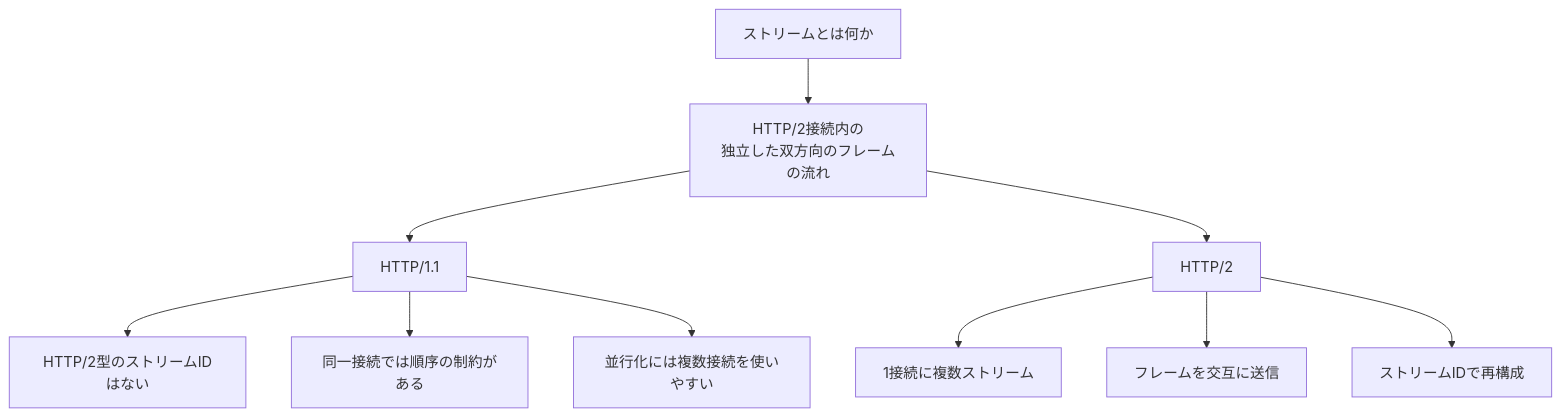
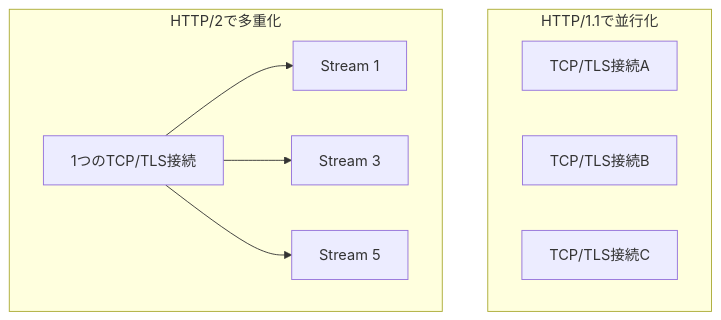
Diagram 28 of 54 in docs/reference/http1.1-vs-http2-streams.md (mgmaru/go-http-security-lab), drawn with Mermaid before and after one commit. The commit also changed other lines of this file, not shown here.

Commit message:
docs: expand HTTP/2 stream guide

````diff
--- a/docs/reference/http1.1-vs-http2-streams.md
+++ b/docs/reference/http1.1-vs-http2-streams.md
@@ -684,16 +859,15 @@
 ```mermaid
 flowchart TB
-    Start["ストリームとは何か"]
-    Start --> Definition["HTTP/2接続内の<br/>独立した双方向のフレームの流れ"]
+    subgraph H1["HTTP/1.1で並行化"]
+        H1C1["TCP/TLS接続A"]
+        H1C2["TCP/TLS接続B"]
+        H1C3["TCP/TLS接続C"]
+    end
 
-    Definition --> H1["HTTP/1.1"]
-    Definition --> H2["HTTP/2"]
-
-    H1 --> H1A["HTTP/2型のストリームIDはない"]
-    H1 --> H1B["同一接続では順序の制約がある"]
-    H1 --> H1C["並行化には複数接続を使いやすい"]
-
-    H2 --> H2A["1接続に複数ストリーム"]
-    H2 --> H2B["フレームを交互に送信"]
-    H2 --> H2C["ストリームIDで再構成"]
+    subgraph H2["HTTP/2で多重化"]
+        H2C["1つのTCP/TLS接続"]
+        H2C --> S1["Stream 1"]
+        H2C --> S3["Stream 3"]
+        H2C --> S5["Stream 5"]
+    end
 ```
````
